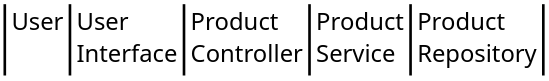
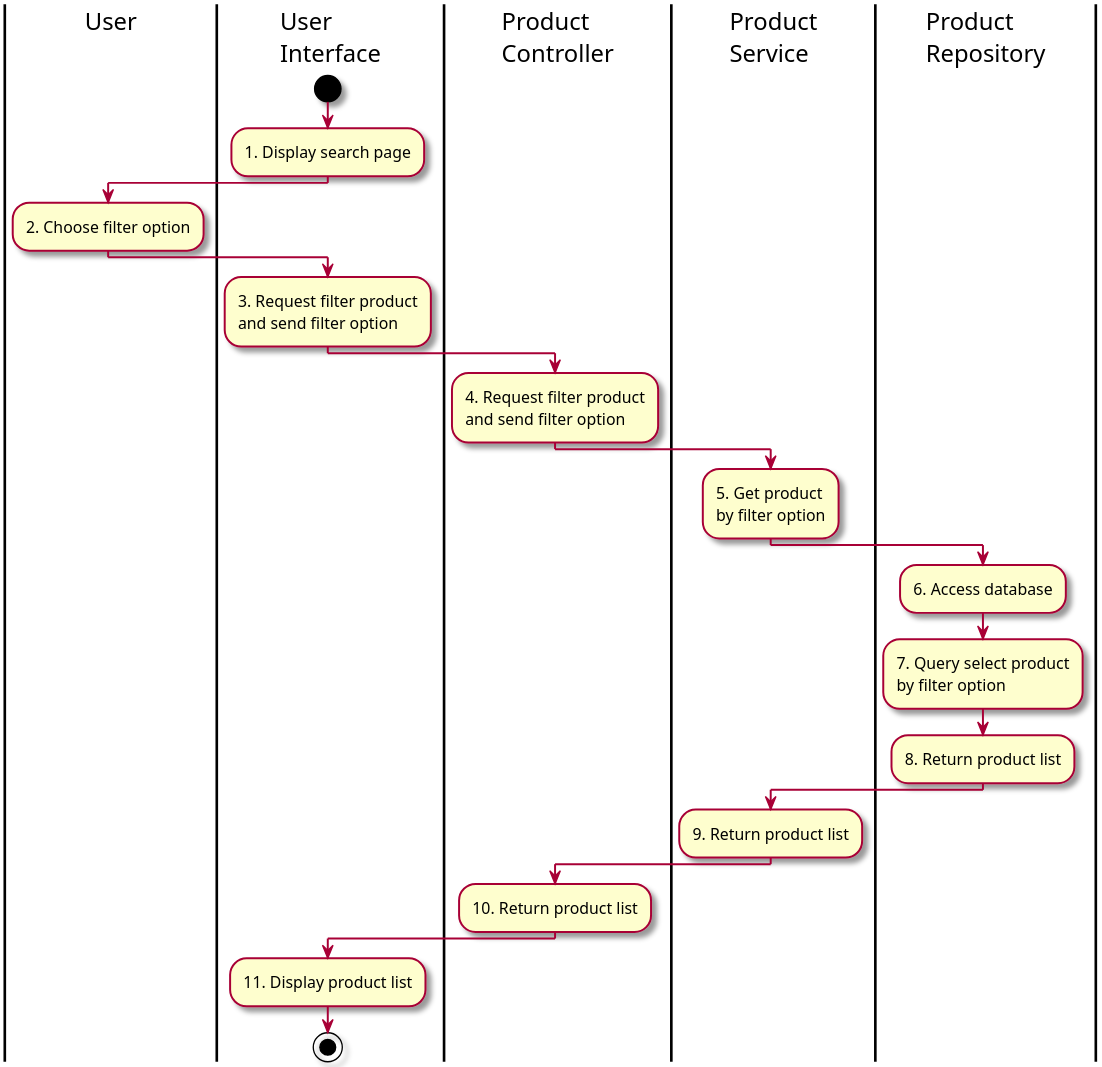
The diagram in Activity/1.7. ActFilterProduct.puml (Marowota/ecommerce-plantuml), drawn with PlantUML before and after one commit. The commit also changed 1 other file, not shown here.

Commit message:
done product

```diff
--- a/Activity/1.7. ActFilterProduct.puml
+++ b/Activity/1.7. ActFilterProduct.puml
@@ -1,13 +1,34 @@
 @startuml ActFilterProduct
 
 skin rose
 scale 3
 
 |User|
 |User\nInterface|
 |Product\nController|
 |Product\nService|
 |Product\nRepository|
 |User\nInterface|
+start
+:1. Display search page;
+|User|
+:2. Choose filter option;
+|User\nInterface|
+:3. Request filter product\nand send filter option;
+|Product\nController|
+:4. Request filter product\nand send filter option;
+|Product\nService|
+:5. Get product\nby filter option;
+|Product\nRepository|
+:6. Access database;
+:7. Query select product\nby filter option;
+:8. Return product list;
+|Product\nService|
+:9. Return product list;
+|Product\nController|
+:10. Return product list;
+|User\nInterface|
+:11. Display product list;
+stop
 
 @enduml
```
